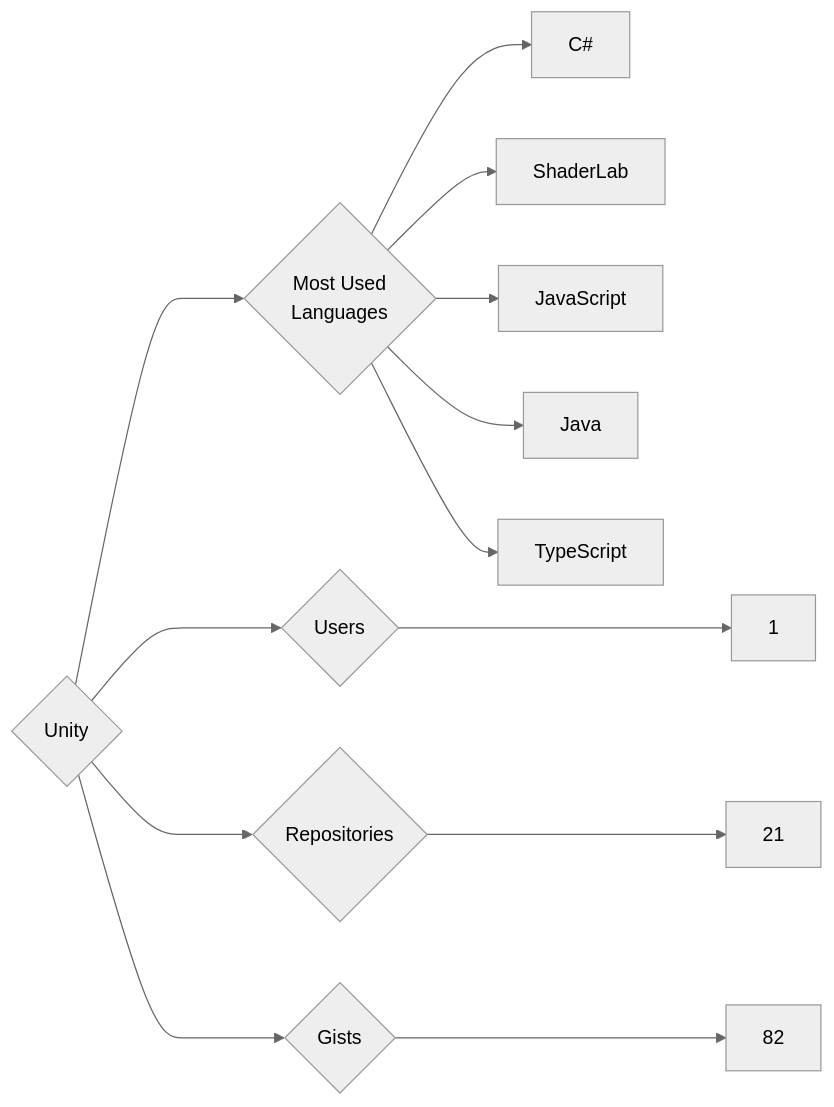
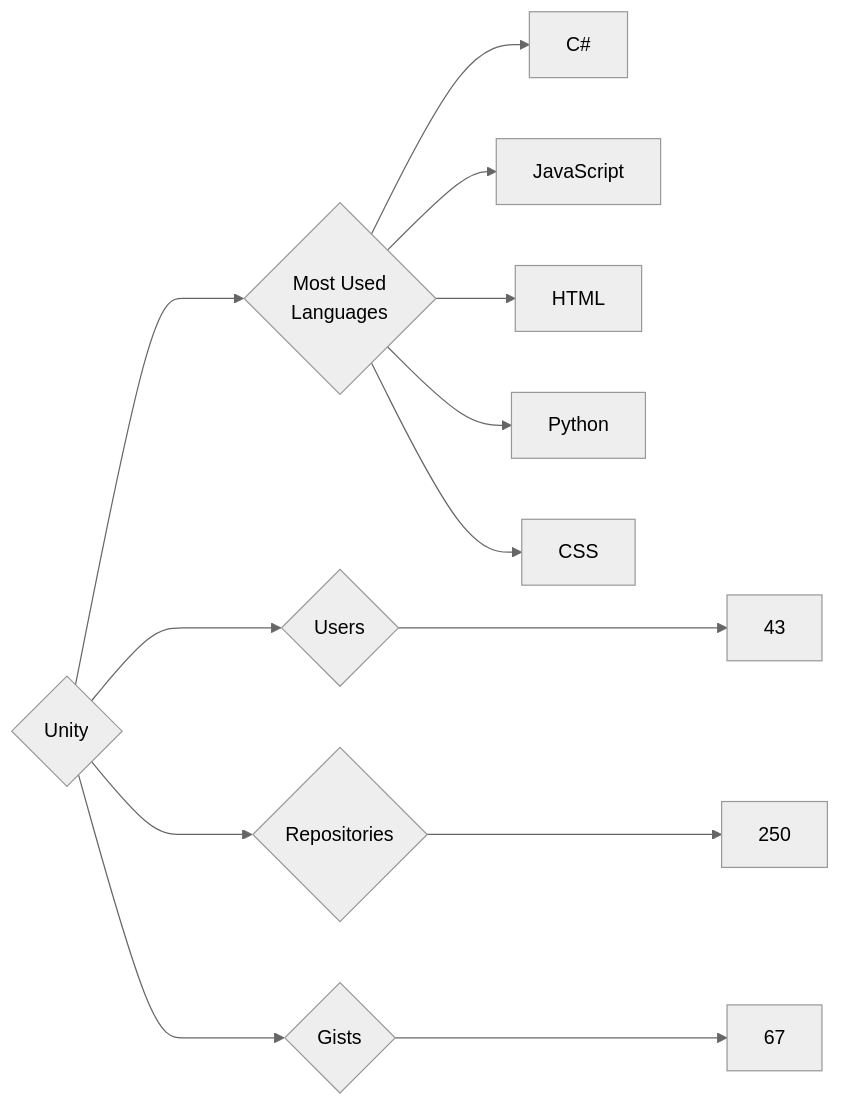
One commit to trickest/insiders changed the diagram in targets/Unity/README.md. Above: the diagram before and after it, drawn with Mermaid (neutral theme). The commit also changed 898 other files, not shown here.

````diff
--- a/targets/Unity/README.md
+++ b/targets/Unity/README.md
@@ -3,13 +3,13 @@
 ```mermaid
 graph LR
 COMPANY_NAME{Unity}
-COMPANY_NAME ---> U{Users} ---> UN[1]
-COMPANY_NAME ---> R{Repositories} ---> RN[21]
-COMPANY_NAME ---> G{Gists} ---> GN[82]
+COMPANY_NAME ---> U{Users} ---> UN[43]
+COMPANY_NAME ---> R{Repositories} ---> RN[250]
+COMPANY_NAME ---> G{Gists} ---> GN[67]
 COMPANY_NAME ---> ML{Most Used<br>Languages}
 ML --> C#[C#]
-ML --> ShaderLab[ShaderLab]
 ML --> JavaScript[JavaScript]
-ML --> Java[Java]
-ML --> TypeScript[TypeScript]
+ML --> HTML[HTML]
+ML --> Python[Python]
+ML --> CSS[CSS]
 ```
````
